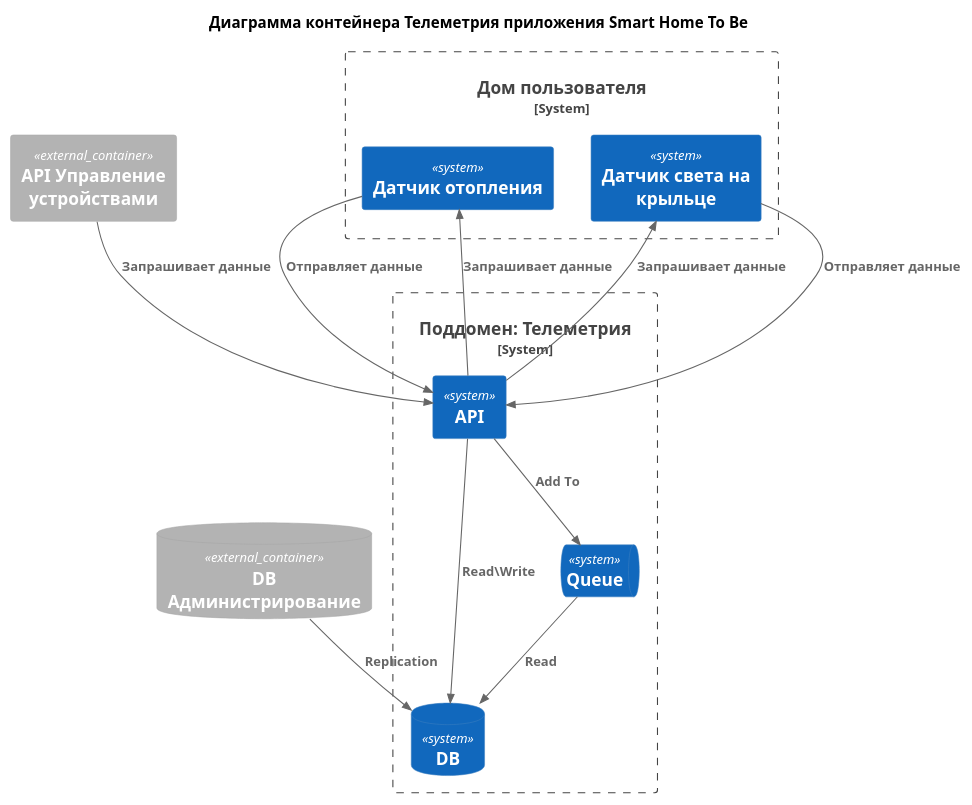
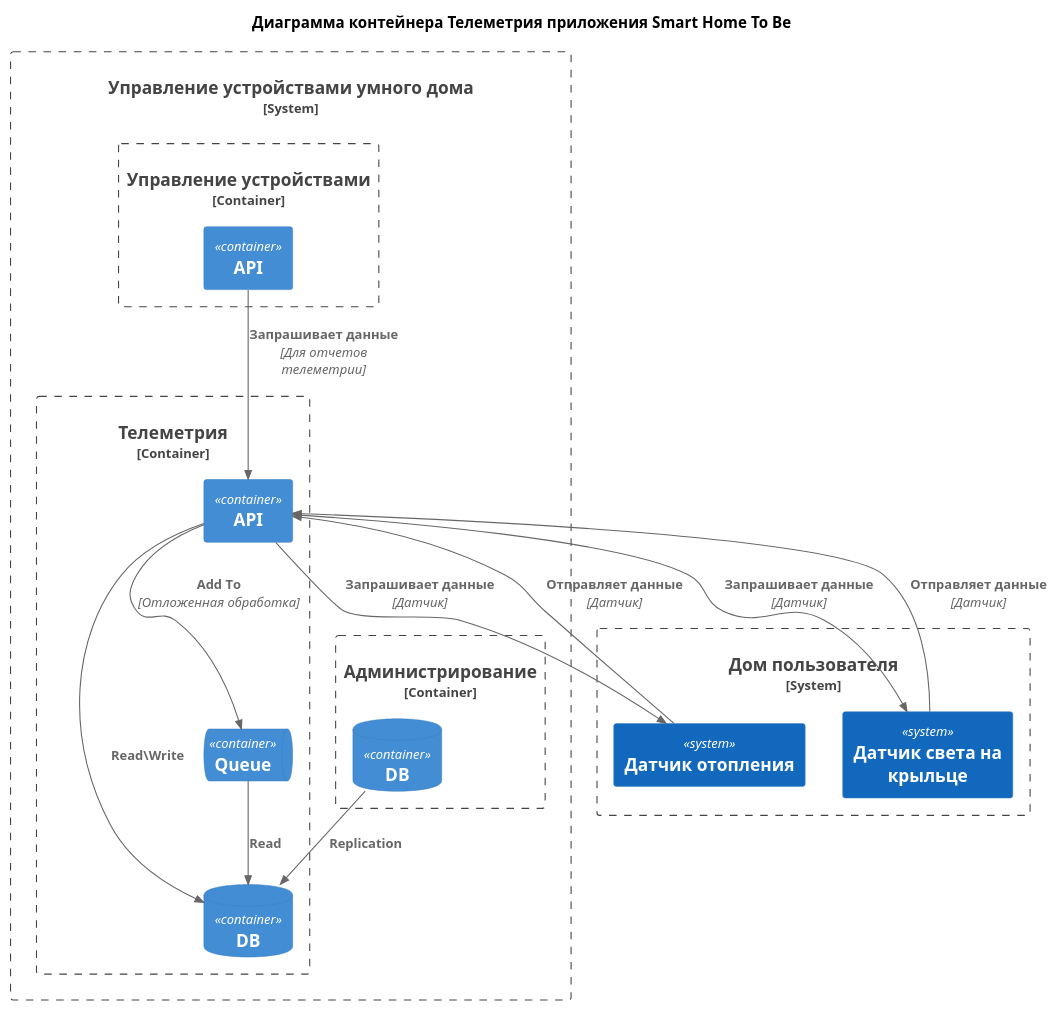
The diagram in docs/To Be Container Telemetry.puml (bezdelnique/ydnx-arch-sprint1), drawn with PlantUML before and after one commit. The commit also changed 3 other files, not shown here.

Commit message:
To Be C4 diagrams

```diff
--- a/docs/To Be Container Telemetry.puml
+++ b/docs/To Be Container Telemetry.puml
@@ -1,38 +1,46 @@
 @startuml
 title "Диаграмма контейнера Телеметрия приложения Smart Home To Be"
 
 top to bottom direction
 
 !include C4/C4_Container.puml
 
 
 System_Boundary(UserHome, "Дом пользователя") {
     System(SensorHeating, "Датчик отопления")
     System(SensorLight, "Датчик света на крыльце")
 }
 
-System_Boundary(SubdomainTelemetry, "Поддомен: Телеметрия") {
-    System(TelemetryApi, "API")
-    SystemDb(TelemetryDb, "DB")
-    SystemQueue(TelemetryQueue, "Queue")
+System_Boundary(Domain, "Управление устройствами умного дома") {
+    Container_Boundary(SubdomainTelemetry, "Телеметрия") {
+        Container(TelemetryApi, "API")
+        ContainerDb(TelemetryDb, "DB")
+        ContainerQueue(TelemetryQueue, "Queue")
+    }
+
+    Container_Boundary(SubdomainAdministration, "Администрирование") {
+        ContainerDb(AdministrationDb, "DB")
+    }
+
+    Container_Boundary(ManageDeviceTelemetry, "Управление устройствами") {
+        Container(ManageDeviceApi, "API")
+    }
 }
 
-ContainerDb_Ext(AdministrationDb, "DB Администрирование")
-Container_Ext(ManageDeviceApi, "API Управление устройствами")
 
 Rel(TelemetryApi, TelemetryDb, "Read\Write")
-Rel(TelemetryApi, TelemetryQueue, "Add To")
+Rel(TelemetryApi, TelemetryQueue, "Add To", "Отложенная обработка")
 Rel(TelemetryQueue, TelemetryDb, "Read")
 
-Rel(SensorLight, TelemetryApi, "Отправляет данные")
-Rel(TelemetryApi, SensorLight, "Запрашивает данные")
+Rel(SensorLight, TelemetryApi, "Отправляет данные", "Датчик")
+Rel(TelemetryApi, SensorLight, "Запрашивает данные", "Датчик")
 
-Rel(SensorHeating, TelemetryApi, "Отправляет данные")
-Rel(TelemetryApi, SensorHeating, "Запрашивает данные")
+Rel(SensorHeating, TelemetryApi, "Отправляет данные", "Датчик")
+Rel(TelemetryApi, SensorHeating, "Запрашивает данные", "Датчик")
 
 Rel(AdministrationDb, TelemetryDb, "Replication")
-Rel(ManageDeviceApi, TelemetryApi, "Запрашивает данные")
+Rel(ManageDeviceApi, TelemetryApi, "Запрашивает данные", "Для отчетов телеметрии")
 
 
 
 @enduml
```
